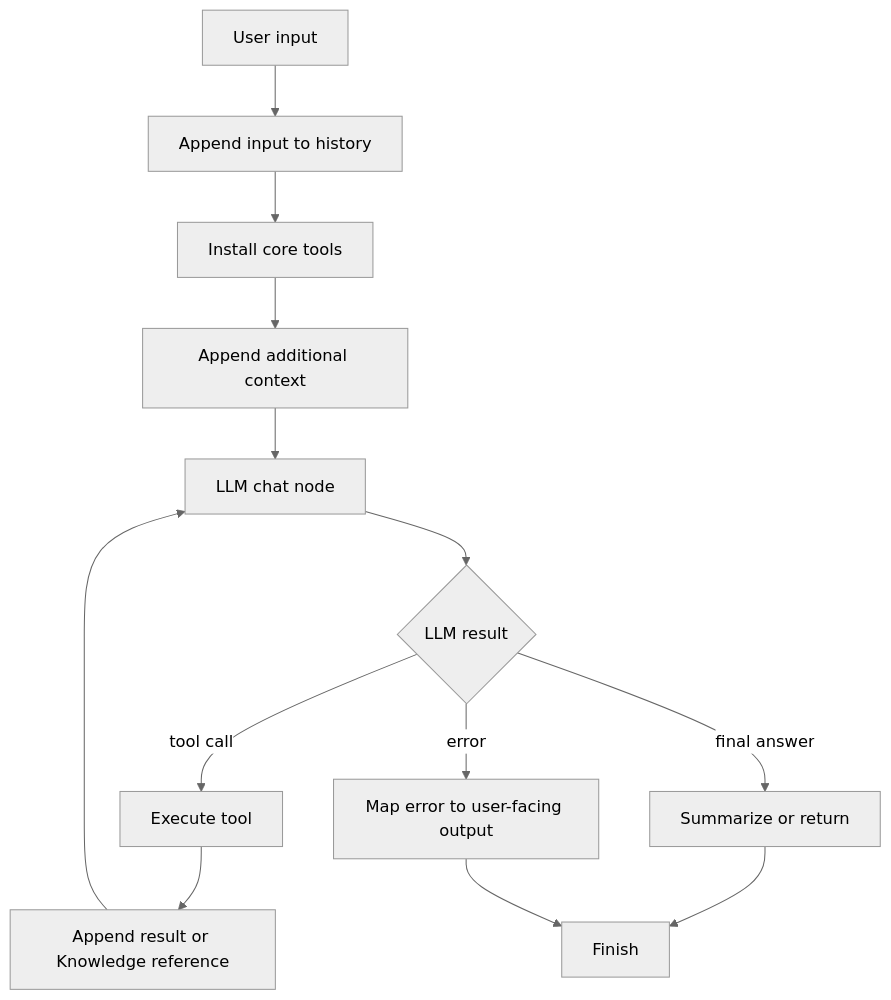
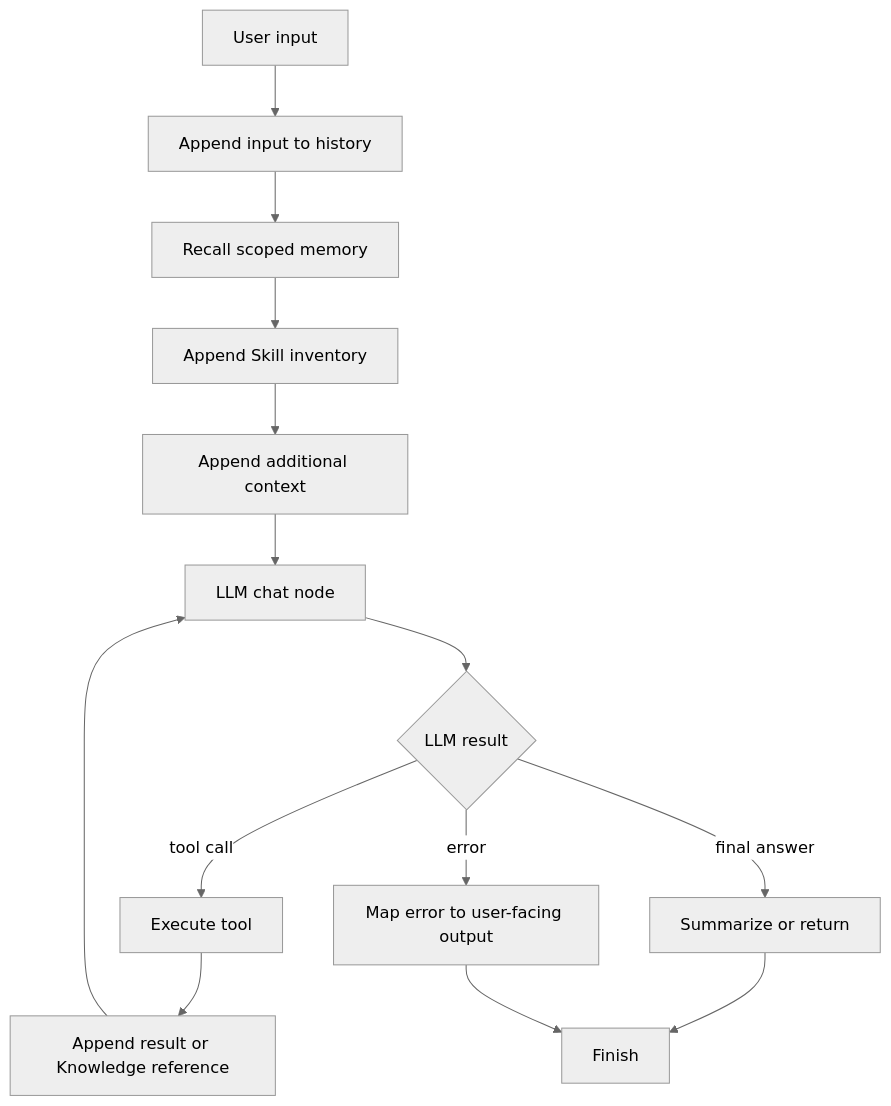
Before and after one commit to D00mch/souz: the third of 5 diagrams in README.md, drawn with Mermaid (neutral theme). The commit also changed other lines of this file, not shown here.

Commit message:
Update README for current graph skills architecture

````diff
--- a/README.md
+++ b/README.md
@@ -168,15 +172,16 @@
 ```mermaid
 flowchart TD
     input["User input"] --> history["Append input to history"]
-    history --> core["Install core tools"]
-    core --> enrich["Append additional context"]
+    history --> memory["Recall scoped memory"]
+    memory --> inventory["Append Skill inventory"]
+    inventory --> enrich["Append additional context"]
     enrich --> llm["LLM chat node"]
     llm --> decision{"LLM result"}
     decision -->|tool call| tool["Execute tool"]
     tool --> result["Append result or Knowledge reference"]
     result --> llm
     decision -->|final answer| summary["Summarize or return"]
     decision -->|error| errorNode["Map error to user-facing output"]
     summary --> finish["Finish"]
     errorNode --> finish
 ```
````
